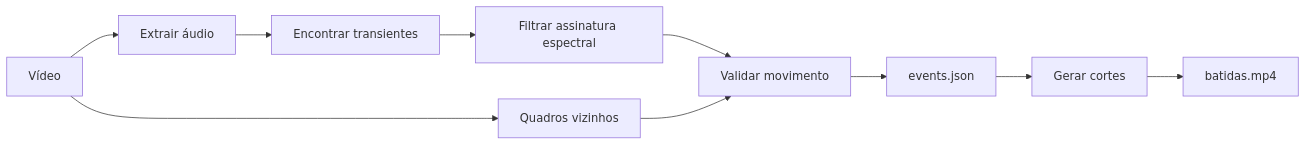
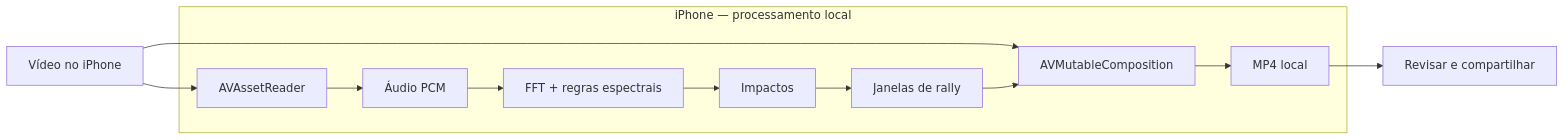
One commit to matheus3301/tennis-clips changed the diagram in README.md. Above: the diagram before and after it, drawn with Mermaid. The commit also changed other lines of this file and 35 other files, not shown here.

````diff
--- a/README.md
+++ b/README.md
@@ -24,12 +18,22 @@
 ```mermaid
 flowchart LR
-    A[Vídeo] --> B[Extrair áudio]
-    B --> C[Encontrar transientes]
-    C --> D[Filtrar assinatura espectral]
-    A --> E[Quadros vizinhos]
-    D --> F[Validar movimento]
-    E --> F
-    F --> G[events.json]
-    G --> H[Gerar cortes]
-    H --> I[batidas.mp4]
+    A[Vídeo no iPhone] --> B[AVAssetReader]
+    B --> C[Áudio PCM]
+    C --> D[FFT + regras espectrais]
+    D --> E[Impactos]
+    E --> F[Janelas de rally]
+    A --> G[AVMutableComposition]
+    F --> G
+    G --> H[MP4 local]
+    H --> I[Revisar e compartilhar]
+
+    subgraph aparelho[iPhone — processamento local]
+      B
+      C
+      D
+      E
+      F
+      G
+      H
+    end
 ```
````
